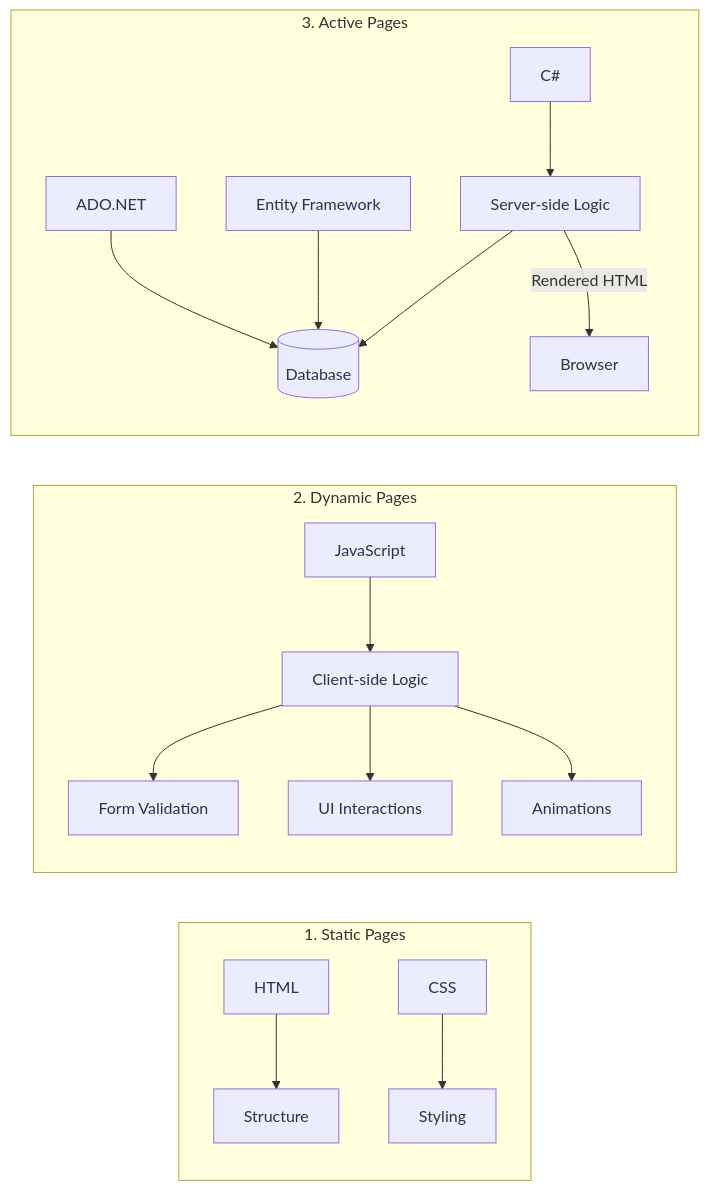
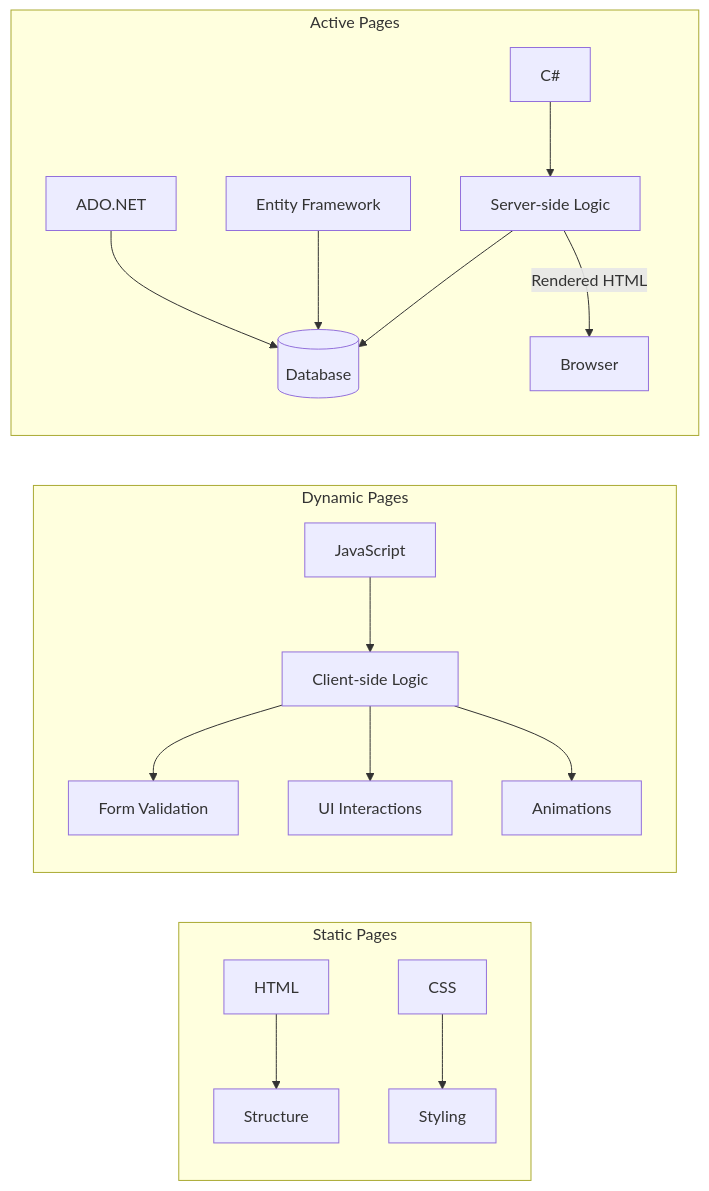
The third of 3 diagrams in README.md (Moemen99/ASP.NET-MVC-01), drawn with Mermaid before and after one commit.

````diff
--- a/README.md
+++ b/README.md
@@ -401,22 +401,22 @@
 ```mermaid
 graph LR
-    subgraph "1. Static Pages"
+    subgraph "Static Pages"
         HTML[HTML] --> Structure[Structure]
         CSS[CSS] --> Style[Styling]
     end
 
-    subgraph "2. Dynamic Pages"
+    subgraph "Dynamic Pages"
         JS[JavaScript] --> Client[Client-side Logic]
         Client --> Validation[Form Validation]
         Client --> UI[UI Interactions]
         Client --> Animation[Animations]
     end
 
-    subgraph "3. Active Pages"
+    subgraph "Active Pages"
         CS[C#] --> Server[Server-side Logic]
         Server --> DB[(Database)]
         Server -->|Rendered HTML| Browser[Browser]
         EF[Entity Framework] --> DB
         ADO[ADO.NET] --> DB
     end
 ```
````
